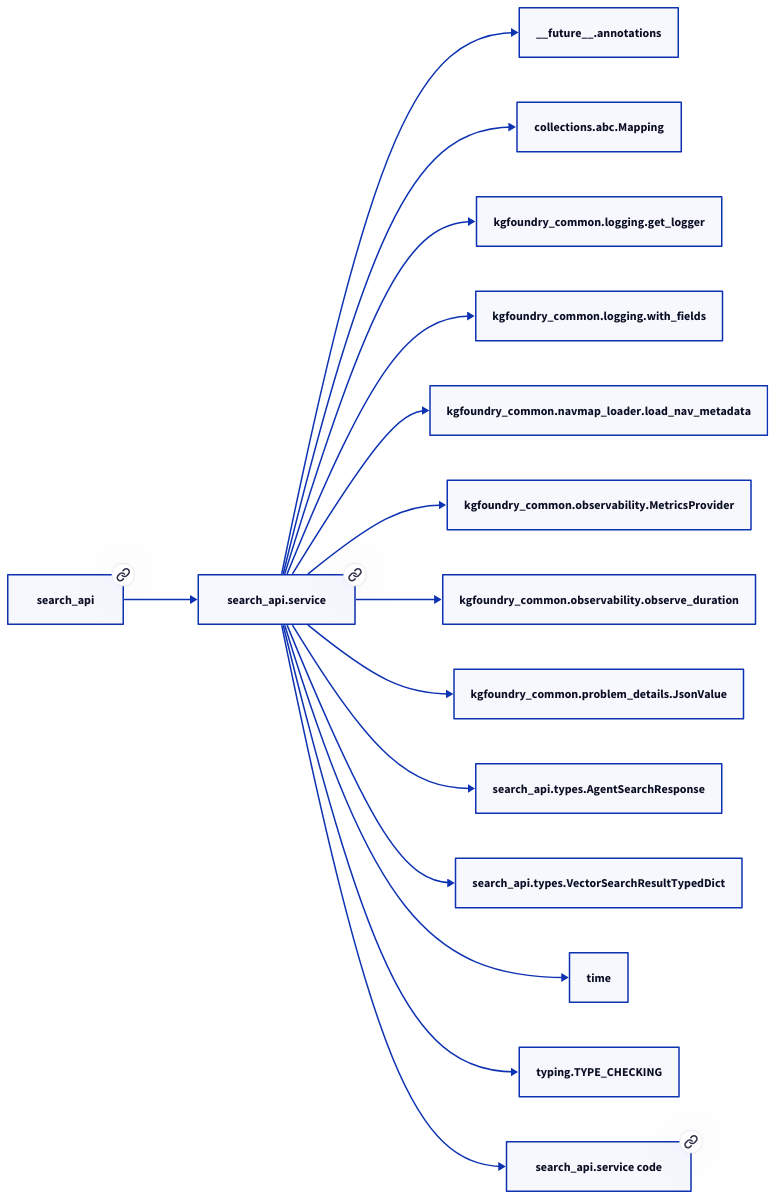
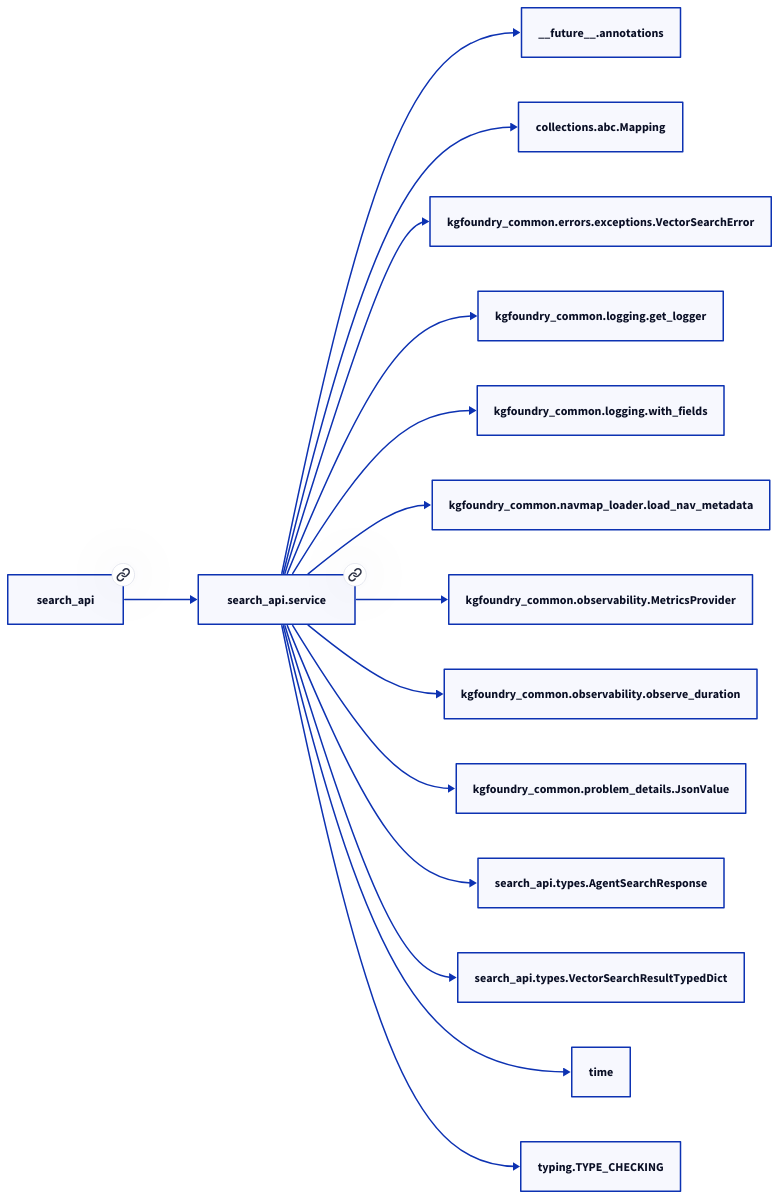
The diagram in docs/modules/search_api/service.md (paul-heyse/kgforge), drawn with D2 before and after one commit. The commit also changed other lines of this file and 118 other files, not shown here.

````diff
--- a/docs/modules/search_api/service.md
+++ b/docs/modules/search_api/service.md
@@ -43,32 +41,32 @@
 ```d2
 direction: right
-"search_api.service": "search_api.service" { link: "./search_api/service.md" }
+"search_api.service": "search_api.service" { link: "service.md" }
 "__future__.annotations": "__future__.annotations"
 "search_api.service" -> "__future__.annotations"
 "collections.abc.Mapping": "collections.abc.Mapping"
 "search_api.service" -> "collections.abc.Mapping"
+"kgfoundry_common.errors.exceptions.VectorSearchError": "kgfoundry_common.errors.exceptions.VectorSearchError"
+"search_api.service" -> "kgfoundry_common.errors.exceptions.VectorSearchError"
 "kgfoundry_common.logging.get_logger": "kgfoundry_common.logging.get_logger"
 "search_api.service" -> "kgfoundry_common.logging.get_logger"
 "kgfoundry_common.logging.with_fields": "kgfoundry_common.logging.with_fields"
 "search_api.service" -> "kgfoundry_common.logging.with_fields"
 "kgfoundry_common.navmap_loader.load_nav_metadata": "kgfoundry_common.navmap_loader.load_nav_metadata"
 "search_api.service" -> "kgfoundry_common.navmap_loader.load_nav_metadata"
 "kgfoundry_common.observability.MetricsProvider": "kgfoundry_common.observability.MetricsProvider"
 "search_api.service" -> "kgfoundry_common.observability.MetricsProvider"
 "kgfoundry_common.observability.observe_duration": "kgfoundry_common.observability.observe_duration"
 "search_api.service" -> "kgfoundry_common.observability.observe_duration"
 "kgfoundry_common.problem_details.JsonValue": "kgfoundry_common.problem_details.JsonValue"
 "search_api.service" -> "kgfoundry_common.problem_details.JsonValue"
 "search_api.types.AgentSearchResponse": "search_api.types.AgentSearchResponse"
 "search_api.service" -> "search_api.types.AgentSearchResponse"
 "search_api.types.VectorSearchResultTypedDict": "search_api.types.VectorSearchResultTypedDict"
 "search_api.service" -> "search_api.types.VectorSearchResultTypedDict"
 "time": "time"
 "search_api.service" -> "time"
 "typing.TYPE_CHECKING": "typing.TYPE_CHECKING"
 "search_api.service" -> "typing.TYPE_CHECKING"
-"search_api": "search_api" { link: "./search_api.md" }
+"search_api": "search_api" { link: "../search_api.md" }
 "search_api" -> "search_api.service"
-"search_api.service_code": "search_api.service code" { link: "https://github.com/kgfoundry/kgfoundry/blob/main/src/search_api/service.py" }
-"search_api.service" -> "search_api.service_code" { style: dashed }
 ```
````
